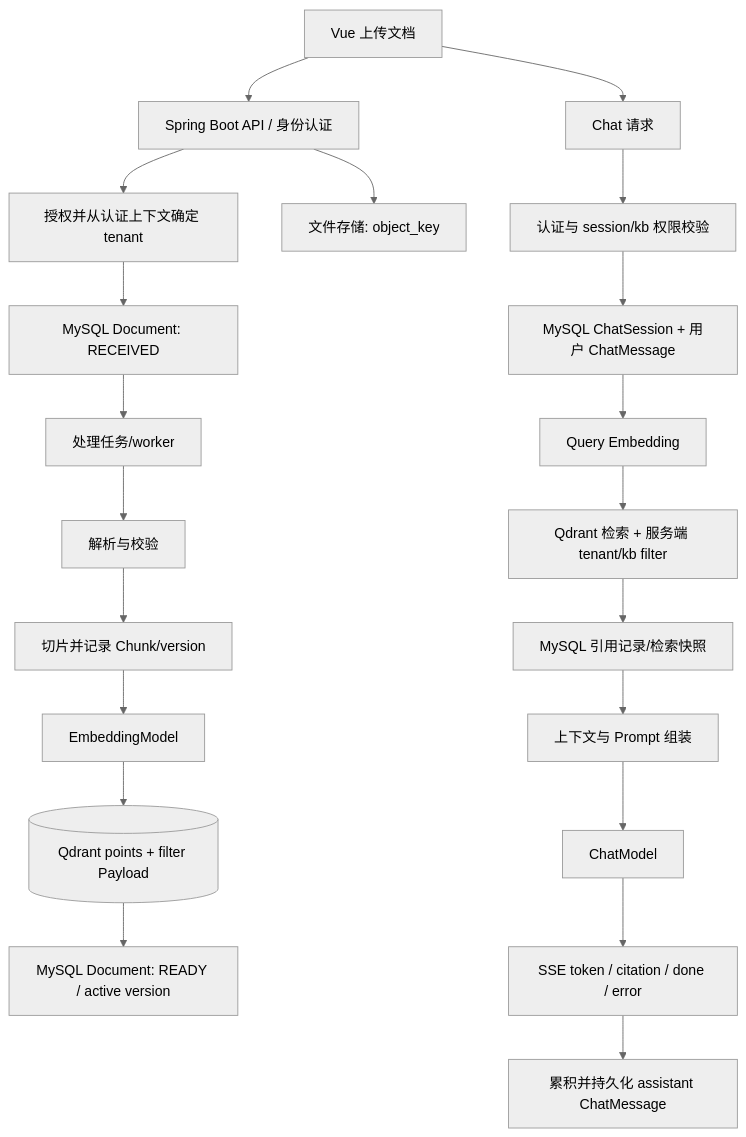
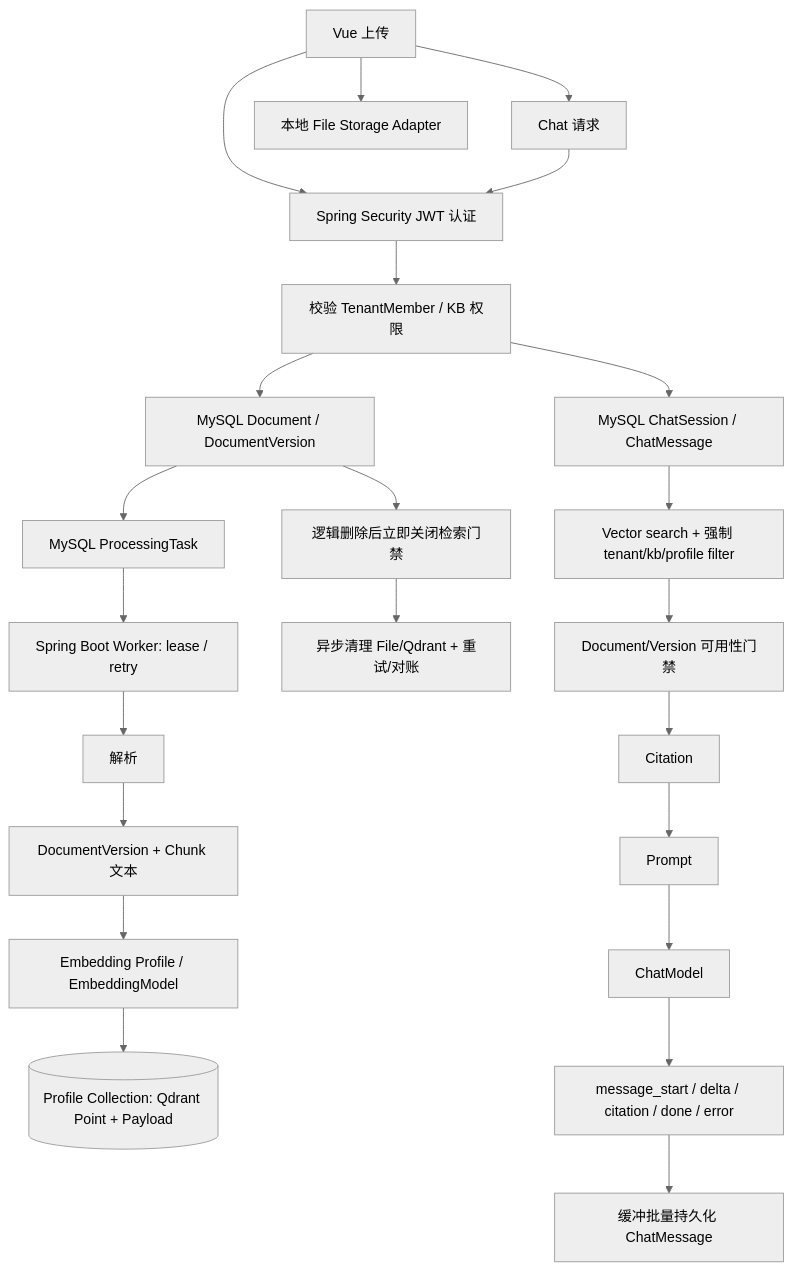
One commit to yangyuanwang/Agents changed the second of 2 diagrams in Workspace/architecture/README.md. Above: the diagram before and after it, drawn with Mermaid (neutral theme). The commit also changed other lines of this file and 106 other files, not shown here.

````diff
--- a/Workspace/architecture/README.md
+++ b/Workspace/architecture/README.md
@@ -83,23 +83,25 @@
 ```mermaid
 flowchart TD
-  U[Vue 上传文档] --> API[Spring Boot API / 身份认证]
-  API --> AUTH[授权并从认证上下文确定 tenant]
-  AUTH --> D[MySQL Document: RECEIVED]
-  API --> FS[文件存储: object_key]
-  D --> JOB[处理任务/worker]
-  JOB --> PARSE[解析与校验]
-  PARSE --> SPLIT[切片并记录 Chunk/version]
-  SPLIT --> EMB[EmbeddingModel]
-  EMB --> Q[(Qdrant points + filter Payload)]
-  Q --> READY[MySQL Document: READY / active version]
-  U --> ASK[Chat 请求]
-  ASK --> AUTH2[认证与 session/kb 权限校验]
-  AUTH2 --> MSG[MySQL ChatSession + 用户 ChatMessage]
-  MSG --> QE[Query Embedding]
-  QE --> RET[Qdrant 检索 + 服务端 tenant/kb filter]
-  RET --> CITE[MySQL 引用记录/检索快照]
-  CITE --> PROMPT[上下文与 Prompt 组装]
-  PROMPT --> LLM[ChatModel]
-  LLM --> SSE[SSE token / citation / done / error]
-  SSE --> SAVE[累积并持久化 assistant ChatMessage]
+ U[Vue 上传] --> AUTH[Spring Security JWT 认证]
+ AUTH --> TEN[校验 TenantMember / KB 权限]
+ TEN --> META[MySQL Document / DocumentVersion]
+ U --> FILE[本地 File Storage Adapter]
+ META --> TASK[MySQL ProcessingTask]
+ TASK --> WORKER[Spring Boot Worker: lease / retry]
+ WORKER --> PARSE[解析]
+ PARSE --> CHUNK[DocumentVersion + Chunk 文本]
+ CHUNK --> EMB[Embedding Profile / EmbeddingModel]
+ EMB --> Q[(Profile Collection: Qdrant Point + Payload)]
+ U --> ASK[Chat 请求]
+ ASK --> AUTH
+ TEN --> SESSION[MySQL ChatSession / ChatMessage]
+ SESSION --> RET[Vector search + 强制 tenant/kb/profile filter]
+ RET --> GATE[Document/Version 可用性门禁]
+ GATE --> CITE[Citation]
+ CITE --> PROMPT[Prompt]
+ PROMPT --> LLM[ChatModel]
+ LLM --> SSE[message_start / delta / citation / done / error]
+ SSE --> SAVE[缓冲批量持久化 ChatMessage]
+ META --> DELETE[逻辑删除后立即关闭检索门禁]
+ DELETE --> CLEAN[异步清理 File/Qdrant + 重试/对账]
 ```
````
